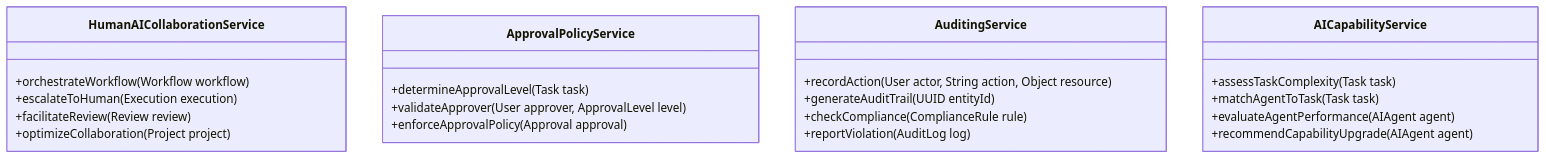
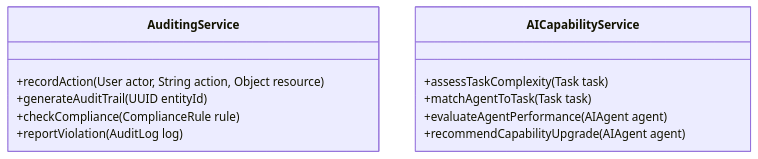
Before and after one commit to daichiTAAA/AgentOpsPlatform: diagram 17 of 18 in docs/030000_設計/034000_アプリケーション設計/034010_ドメインモデル.md, drawn with Mermaid. The commit also changed other lines of this file, not shown here.

````diff
--- a/docs/030000_設計/034000_アプリケーション設計/034010_ドメインモデル.md
+++ b/docs/030000_設計/034000_アプリケーション設計/034010_ドメインモデル.md
@@ -914,29 +991,16 @@
 ```mermaid
 classDiagram
-    class HumanAICollaborationService {
-        +orchestrateWorkflow(Workflow workflow)
-        +escalateToHuman(Execution execution)
-        +facilitateReview(Review review)
-        +optimizeCollaboration(Project project)
-    }
-    
-    class ApprovalPolicyService {
-        +determineApprovalLevel(Task task)
-        +validateApprover(User approver, ApprovalLevel level)
-        +enforceApprovalPolicy(Approval approval)
-    }
-    
     class AuditingService {
         +recordAction(User actor, String action, Object resource)
         +generateAuditTrail(UUID entityId)
         +checkCompliance(ComplianceRule rule)
         +reportViolation(AuditLog log)
     }
     
     class AICapabilityService {
         +assessTaskComplexity(Task task)
         +matchAgentToTask(Task task)
         +evaluateAgentPerformance(AIAgent agent)
         +recommendCapabilityUpgrade(AIAgent agent)
     }
 ```
````
